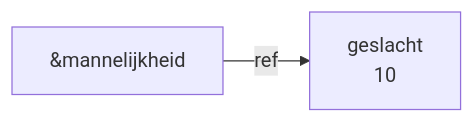
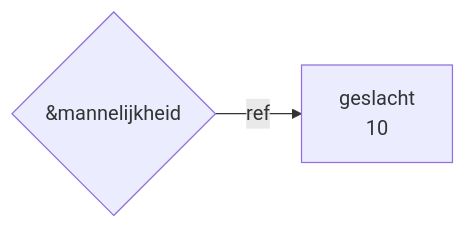
Before and after one commit to wgroeneveld/brainbaking: the third of 6 diagrams in content/teaching/cpp/labo-2.md, drawn with Mermaid. The commit also changed other lines of this file and 4 other files, not shown here.

```diff
--- a/content/teaching/cpp/labo-2.md
+++ b/content/teaching/cpp/labo-2.md
@@ -35,4 +62,4 @@
 {{<mermaid>}}
 graph LR;
-    A[&mannelijkheid] -->|ref| B[geslacht<br/>10] 
+    A{&mannelijkheid} -->|ref| B[geslacht<br/>10] 
 {{< /mermaid >}}
```
